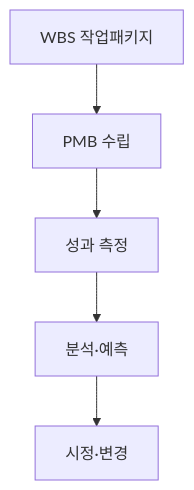
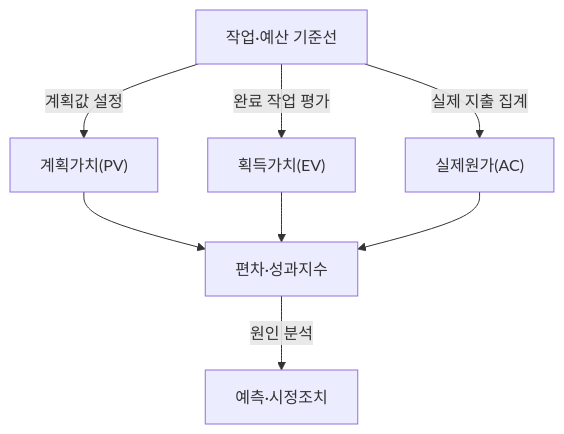
One commit to agnusdei1207/study changed the first of 2 diagrams in src/content/docs/notes/itpe/01-it-strategy/032_evm.md. Above: the diagram before and after it, drawn with Mermaid. The commit also changed other lines of this file and 6 other files, not shown here.

````diff
--- a/src/content/docs/notes/itpe/01-it-strategy/032_evm.md
+++ b/src/content/docs/notes/itpe/01-it-strategy/032_evm.md
@@ -58,7 +62,10 @@
 ```mermaid
 flowchart TD
-    A["WBS 작업패키지"] --> B["PMB 수립"]
-    B --> C["성과 측정"]
-    C --> D["분석·예측"]
-    D --> E["시정·변경"]
+    A["작업·예산 기준선"] -->|계획값 설정| B["계획가치(PV)"]
+    A -->|완료 작업 평가| C["획득가치(EV)"]
+    A -->|실제 지출 집계| D["실제원가(AC)"]
+    B --> E["편차·성과지수"]
+    C --> E
+    D --> E
+    E -->|원인 분석| F["예측·시정조치"]
 ```
````
